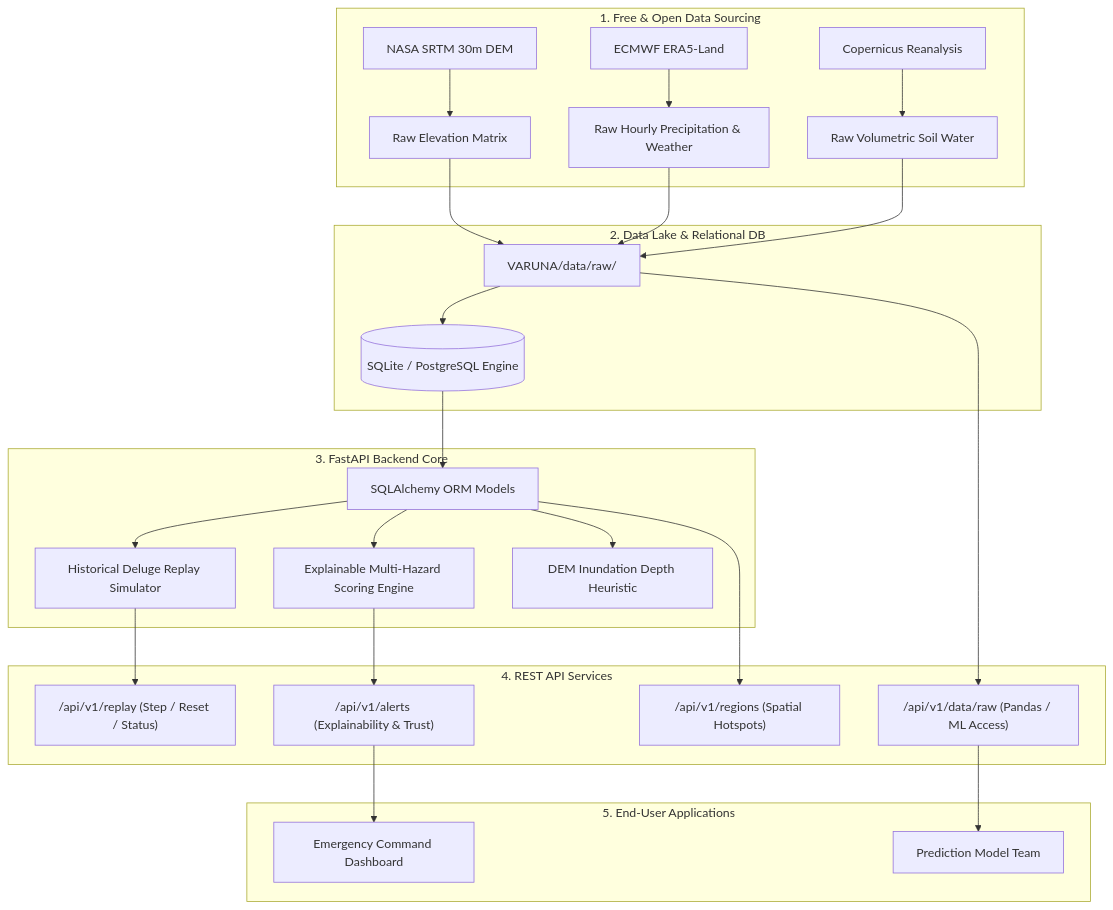
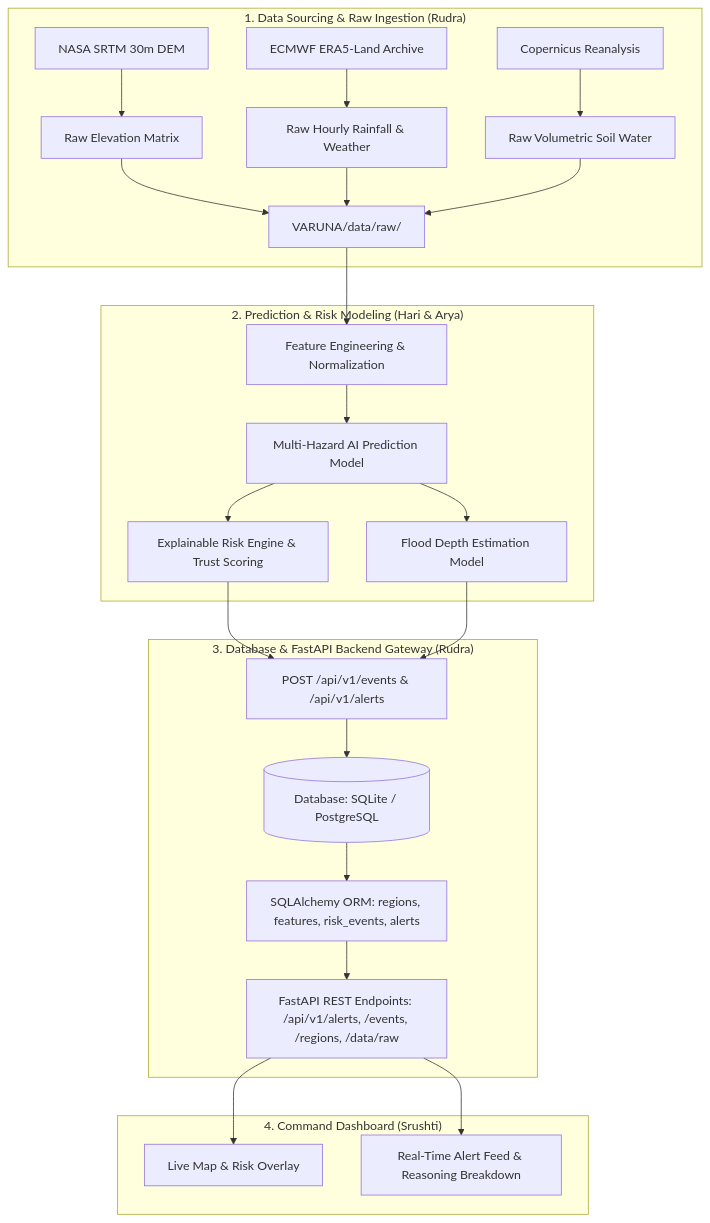
Before and after one commit to harisolanki1804/sih_26077: the first of 2 diagrams in README.md, drawn with Mermaid. The commit also changed other lines of this file, not shown here.

Commit message:
docs: clarify team boundaries - data sourcing & backend API gateway (Rudra) vs ML modeling (Hari & Arya)

````diff
--- a/README.md
+++ b/README.md
@@ -19,34 +19,31 @@
 ```mermaid
 flowchart TD
-    subgraph DataSourcing["1. Free & Open Data Sourcing"]
+    subgraph Rudra_Data["1. Data Sourcing & Raw Ingestion (Rudra)"]
         DEM[NASA SRTM 30m DEM] --> RawDEM[Raw Elevation Matrix]
-        ERA5[ECMWF ERA5-Land] --> RawPrecip[Raw Hourly Precipitation & Weather]
+        ERA5[ECMWF ERA5-Land Archive] --> RawPrecip[Raw Hourly Rainfall & Weather]
         Soil[Copernicus Reanalysis] --> RawSoil[Raw Volumetric Soil Water]
-    end
-
-    subgraph Storage["2. Data Lake & Relational DB"]
         RawDEM --> RawDir[VARUNA/data/raw/]
         RawPrecip --> RawDir
         RawSoil --> RawDir
-        RawDir --> DB[(SQLite / PostgreSQL Engine)]
     end
 
-    subgraph BackendEngine["3. FastAPI Backend Core"]
-        DB --> ORM[SQLAlchemy ORM Models]
-        ORM --> Replay[Historical Deluge Replay Simulator]
-        ORM --> Scoring[Explainable Multi-Hazard Scoring Engine]
-        ORM --> FloodDepth[DEM Inundation Depth Heuristic]
+    subgraph ModelTeam["2. Prediction & Risk Modeling (Hari & Arya)"]
+        RawDir --> Preprocessing[Feature Engineering & Normalization]
+        Preprocessing --> MLModel[Multi-Hazard AI Prediction Model]
+        MLModel --> RiskScore[Explainable Risk Engine & Trust Scoring]
+        MLModel --> FloodModel[Flood Depth Estimation Model]
     end
 
-    subgraph APILayer["4. REST API Services"]
-        Scoring --> API_Alerts["/api/v1/alerts (Explainability & Trust)"]
-        Replay --> API_Replay["/api/v1/replay (Step / Reset / Status)"]
-        RawDir --> API_Raw["/api/v1/data/raw (Pandas / ML Access)"]
-        ORM --> API_Regions["/api/v1/regions (Spatial Hotspots)"]
+    subgraph Rudra_Backend["3. Database & FastAPI Backend Gateway (Rudra)"]
+        RiskScore --> IngestAPI["POST /api/v1/events & /api/v1/alerts"]
+        FloodModel --> IngestAPI
+        IngestAPI --> DB[(Database: SQLite / PostgreSQL)]
+        DB --> ORM[SQLAlchemy ORM: regions, features, risk_events, alerts]
+        ORM --> RestAPI["FastAPI REST Endpoints: /api/v1/alerts, /events, /regions, /data/raw"]
     end
 
-    subgraph Consumers["5. End-User Applications"]
-        API_Alerts --> Dash[Emergency Command Dashboard]
-        API_Raw --> ML[Prediction Model Team]
+    subgraph FrontendTeam["4. Command Dashboard (Srushti)"]
+        RestAPI --> MapView[Live Map & Risk Overlay]
+        RestAPI --> AlertFeed[Real-Time Alert Feed & Reasoning Breakdown]
     end
 ```
````
